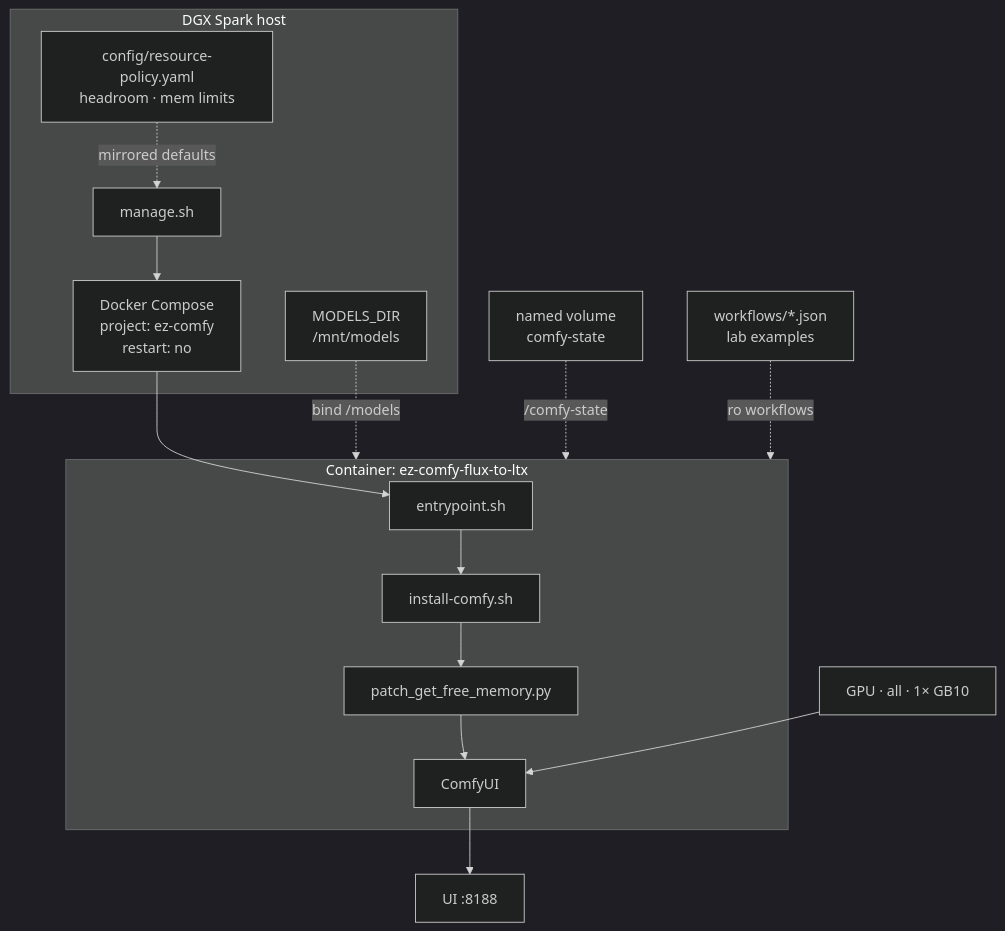
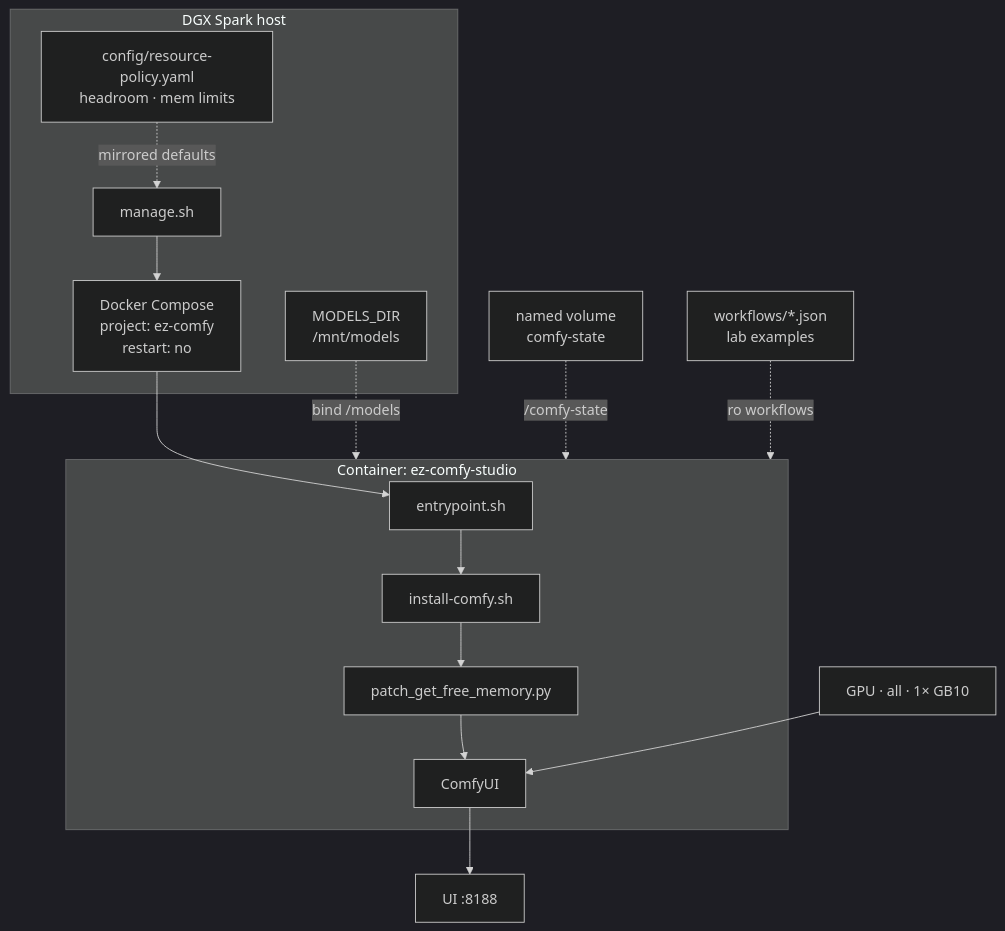
One commit to toxicoder/ez-comfy-stack changed the first of 5 diagrams in docs/visual-generative-ai.md. Above: the diagram before and after it, drawn with Mermaid (dark theme). The commit also changed other lines of this file and 17 other files, not shown here.

````diff
--- a/docs/visual-generative-ai.md
+++ b/docs/visual-generative-ai.md
@@ -31,31 +31,31 @@
 ```mermaid
 flowchart TB
   subgraph Host["DGX Spark host"]
     CLI["manage.sh"]
     Compose["Docker Compose<br/>project: ez-comfy<br/>restart: no"]
     Models["MODELS_DIR<br/>/mnt/models"]
     Policy["config/resource-policy.yaml<br/>headroom · mem limits"]
   end
 
-  subgraph Ctr["Container: ez-comfy-flux-to-ltx"]
+  subgraph Ctr["Container: ez-comfy-studio"]
     EP["entrypoint.sh"]
     Install["install-comfy.sh"]
     Patch["patch_get_free_memory.py"]
     Comfy["ComfyUI"]
     EP --> Install --> Patch --> Comfy
   end
 
   Vol["named volume<br/>comfy-state"]
   WF["workflows/*.json<br/>lab examples"]
   GPU["GPU · all · 1× GB10"]
   UI["UI :8188"]
 
   CLI --> Compose
   Compose --> EP
   Models -.->|bind /models| Ctr
   Vol -.->|/comfy-state| Ctr
   WF -.->|ro workflows| Ctr
   GPU --> Comfy
   Comfy --> UI
   Policy -.->|mirrored defaults| CLI
 ```
````
